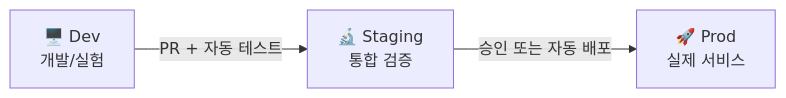
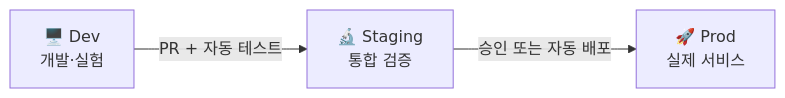
One commit to cloudpickr/cloudpick-docs changed the diagram in src/content/docs/ko/devops/cicd.md. Above: the diagram before and after it, drawn with Mermaid. The commit also changed 29 other files, not shown here.

First line of the commit message:
fix: Mermaid 전수조사 — 노드 라벨 슬래시 13건 수정 (ko/en/ja)

````diff
--- a/src/content/docs/ko/devops/cicd.md
+++ b/src/content/docs/ko/devops/cicd.md
@@ -35,9 +35,9 @@
 ```mermaid
 flowchart LR
-    D[🖥️ Dev\n개발/실험]
+    D[🖥️ Dev\n개발·실험]
     S[🔬 Staging\n통합 검증]
     P[🚀 Prod\n실제 서비스]
 
     D -->|PR + 자동 테스트| S
     S -->|승인 또는 자동 배포| P
 ```
````
